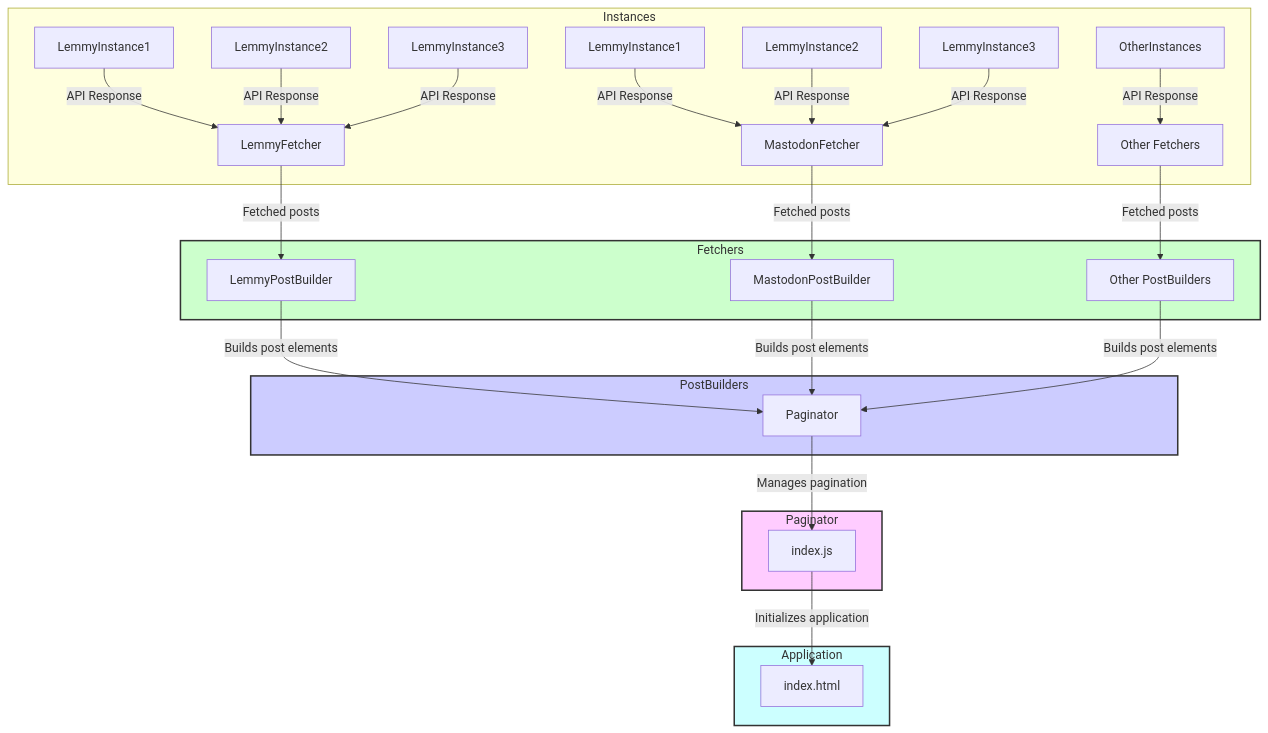
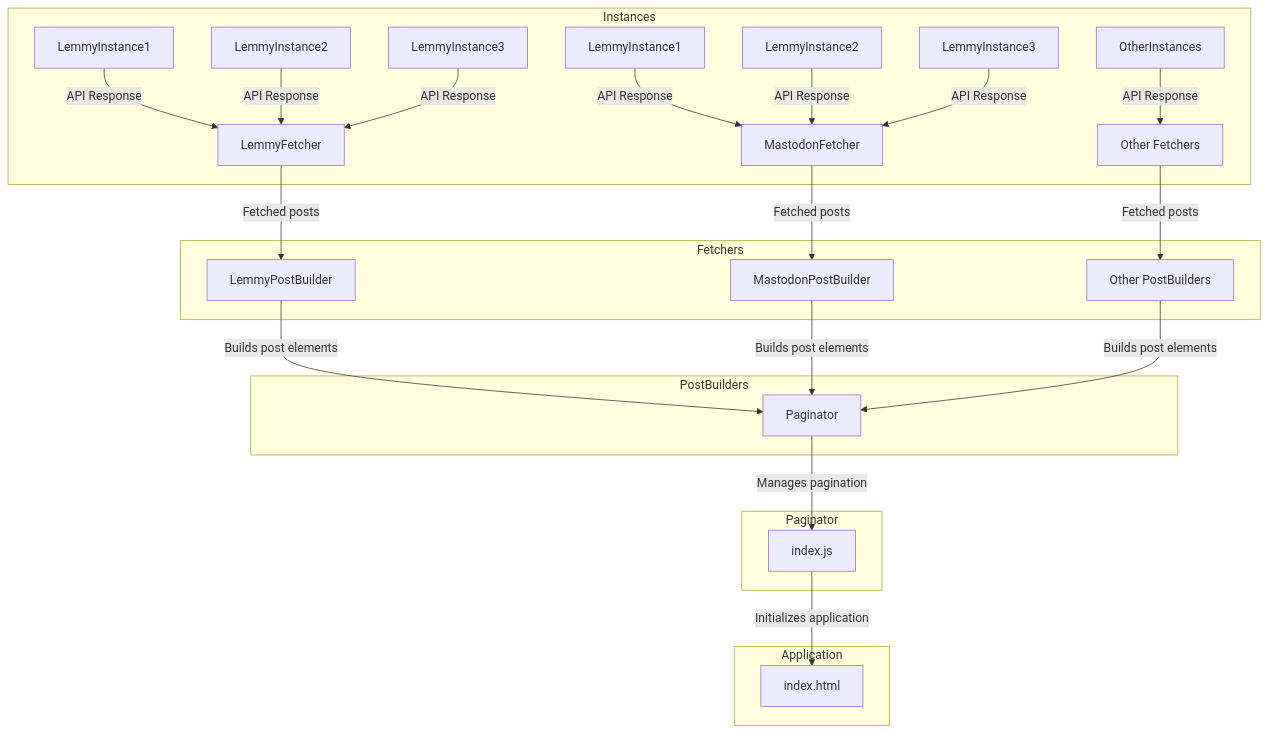
One commit to cse210-works-on-my-machine/CSE210-Fall23-Team-3 changed the diagram in README.md. Above: the diagram before and after it, drawn with Mermaid.

Commit message:
made diagram readable, removed colors

````diff
--- a/README.md
+++ b/README.md
@@ -20,39 +20,34 @@
 ```mermaid
 graph TD
     subgraph Instances
       L1[LemmyInstance1] -->|API Response| LF[LemmyFetcher]
       L2[LemmyInstance2] -->|API Response| LF
       L3[LemmyInstance3] -->|API Response| LF
 
       M1[LemmyInstance1] -->|API Response| MF[MastodonFetcher]
       M2[LemmyInstance2] -->|API Response| MF
       M3[LemmyInstance3] -->|API Response| MF
 
       O1[OtherInstances] -->|API Response| OF[Other Fetchers]
     end
 
     subgraph Fetchers
         LF -->|Fetched posts| LPB[LemmyPostBuilder]
         MF -->|Fetched posts| MPB[MastodonPostBuilder]
         OF -->|Fetched posts| OPB[Other PostBuilders]
     end
 
     subgraph PostBuilders
         LPB -->|Builds post elements| P[Paginator]
         MPB -->|Builds post elements| P
         OPB -->|Builds post elements| P
     end
 
     subgraph Paginator
         P -->|Manages pagination| IJS[index.js]
     end
 
     subgraph Application
         IJS -->|Initializes application| ST[index.html]
     end
-
-    style Fetchers fill:#cfc,stroke:#333,stroke-width:2px
-    style PostBuilders fill:#ccf,stroke:#333,stroke-width:2px
-    style Paginator fill:#fcf,stroke:#333,stroke-width:2px
-    style Application fill:#cff,stroke:#333,stroke-width:2px
 ```
````
